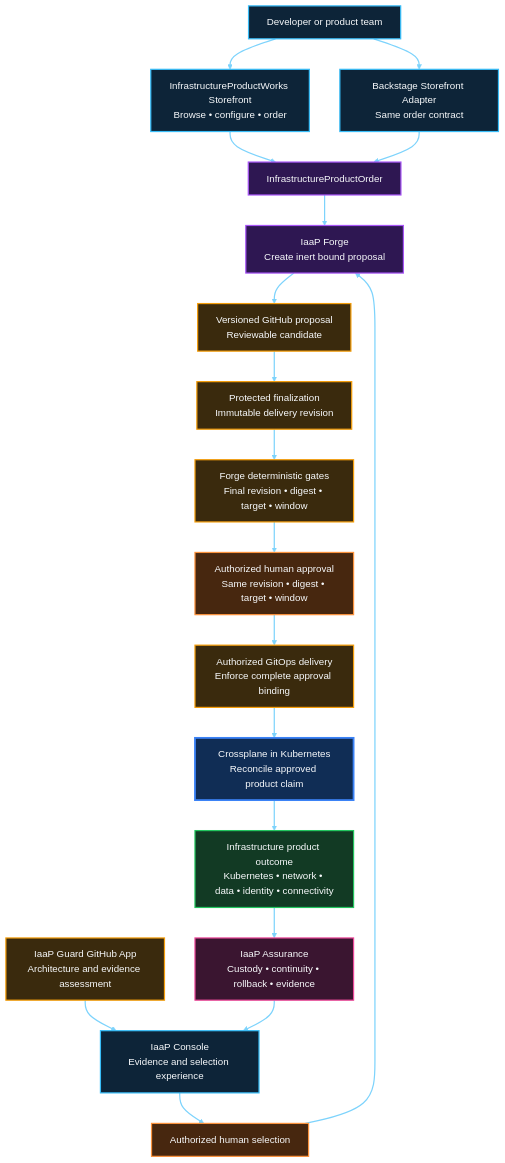
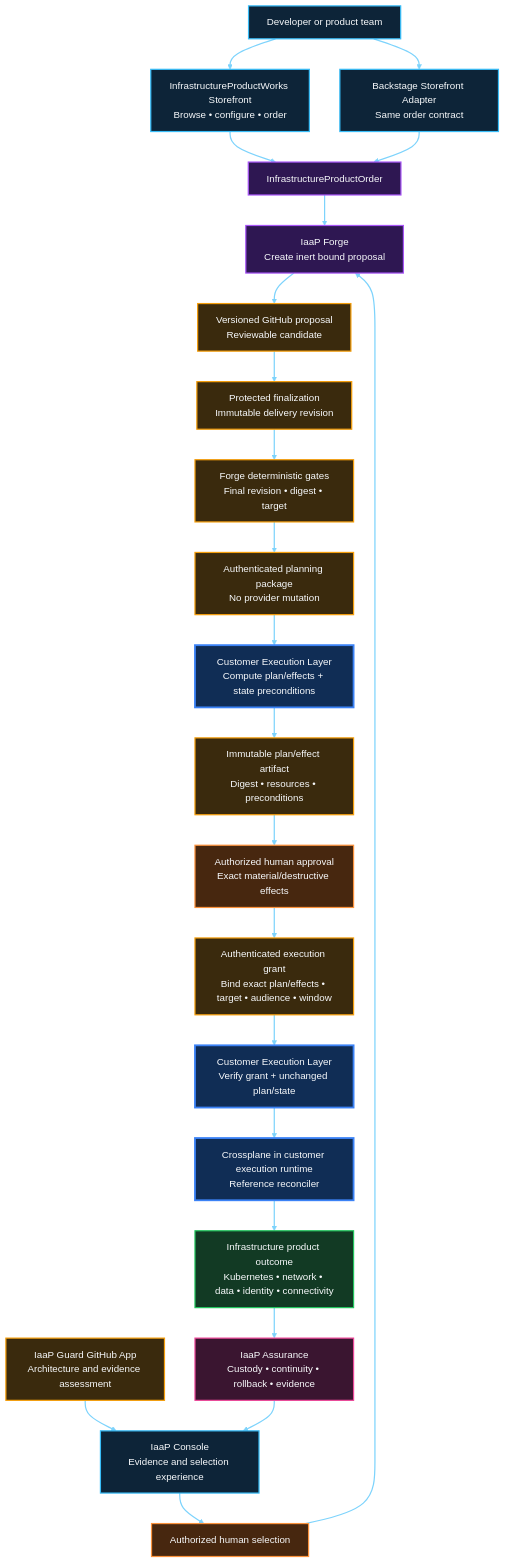
Before and after one commit to InfrastructureProductWorks/ai-powered-infrastructure-as-a-product: the first of 5 diagrams in docs/PRODUCT-ARCHITECTURE.md, drawn with Mermaid. The commit also changed other lines of this file and 19 other files, not shown here.

First line of the commit message:
docs: define customer execution layer and government security profile (#170)

````diff
--- a/docs/PRODUCT-ARCHITECTURE.md
+++ b/docs/PRODUCT-ARCHITECTURE.md
@@ -10,54 +10,61 @@
 ```mermaid
 flowchart TB
   DEV["Developer or product team"]
   STORE["InfrastructureProductWorks Storefront<br/>Browse • configure • order"]
   BS["Backstage Storefront Adapter<br/>Same order contract"]
   ORDER["InfrastructureProductOrder"]
   GUARD["IaaP Guard GitHub App<br/>Architecture and evidence assessment"]
   CONSOLE["IaaP Console<br/>Evidence and selection experience"]
   SELECT["Authorized human selection"]
   FORGE["IaaP Forge<br/>Create inert bound proposal"]
   REVISION["Versioned GitHub proposal<br/>Reviewable candidate"]
   FINAL["Protected finalization<br/>Immutable delivery revision"]
-  VALIDATE["Forge deterministic gates<br/>Final revision • digest • target • window"]
-  APPROVE["Authorized human approval<br/>Same revision • digest • target • window"]
-  DELIVERY["Authorized GitOps delivery<br/>Enforce complete approval binding"]
-  CONTROL["Crossplane in Kubernetes<br/>Reconcile approved product claim"]
+  VALIDATE["Forge deterministic gates<br/>Final revision • digest • target"]
+  PLANREQ["Authenticated planning package<br/>No provider mutation"]
+  CELPLAN["Customer Execution Layer<br/>Compute plan/effects + state preconditions"]
+  PLAN["Immutable plan/effect artifact<br/>Digest • resources • preconditions"]
+  APPROVE["Authorized human approval<br/>Exact material/destructive effects"]
+  GRANT["Authenticated execution grant<br/>Bind exact plan/effects • target • audience • window"]
+  CELEXEC["Customer Execution Layer<br/>Verify grant + unchanged plan/state"]
+  CONTROL["Crossplane in customer execution runtime<br/>Reference reconciler"]
   OUTCOME["Infrastructure product outcome<br/>Kubernetes • network • data • identity • connectivity"]
   ASSURE["IaaP Assurance<br/>Custody • continuity • rollback • evidence"]
 
   DEV --> STORE
   DEV --> BS
   STORE --> ORDER
   BS --> ORDER
   GUARD --> CONSOLE
   CONSOLE --> SELECT
   ORDER --> FORGE
   SELECT --> FORGE
   FORGE --> REVISION
   REVISION --> FINAL
   FINAL --> VALIDATE
-  VALIDATE --> APPROVE
-  APPROVE --> DELIVERY
-  DELIVERY --> CONTROL
+  VALIDATE --> PLANREQ
+  PLANREQ --> CELPLAN
+  CELPLAN --> PLAN
+  PLAN --> APPROVE
+  APPROVE --> GRANT
+  GRANT --> CELEXEC
+  CELEXEC --> CONTROL
   CONTROL --> OUTCOME
   OUTCOME --> ASSURE
   ASSURE --> CONSOLE
 
   classDef experience fill:#0D2438,stroke:#38BDF8,stroke-width:2px,color:#F8FAFC
   classDef product fill:#2E1752,stroke:#A855F7,stroke-width:2px,color:#F8FAFC
   classDef governance fill:#3A2A0D,stroke:#F59E0B,stroke-width:2px,color:#F8FAFC
   classDef human fill:#47270F,stroke:#FB923C,stroke-width:2px,color:#F8FAFC
   classDef control fill:#102D55,stroke:#3B82F6,stroke-width:3px,color:#F8FAFC
   classDef outcome fill:#123A24,stroke:#22C55E,stroke-width:2px,color:#F8FAFC
   classDef evidence fill:#3A1530,stroke:#EC4899,stroke-width:2px,color:#F8FAFC
   class DEV,STORE,BS,CONSOLE experience
   class ORDER,FORGE product
-  class GUARD,REVISION,FINAL,VALIDATE governance
+  class GUARD,REVISION,FINAL,VALIDATE,PLANREQ,PLAN,GRANT governance
   class SELECT,APPROVE human
-  class DELIVERY governance
-  class CONTROL control
+  class CELPLAN,CELEXEC,CONTROL control
   class OUTCOME outcome
   class ASSURE evidence
   linkStyle default stroke:#7DD3FC,stroke-width:2px
 ```
````
